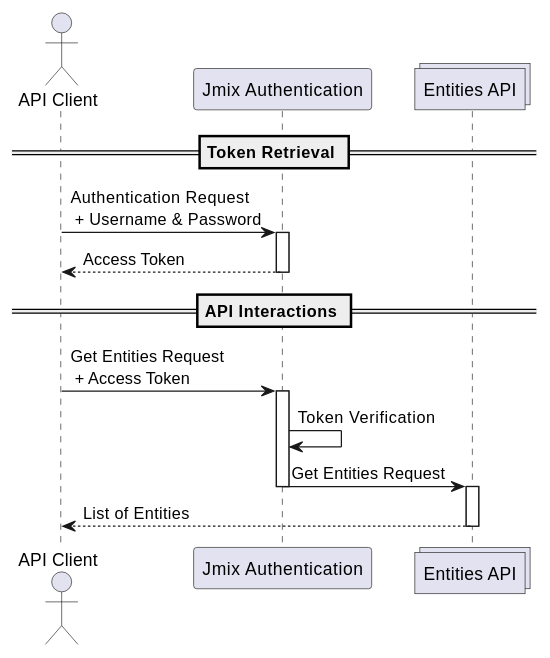
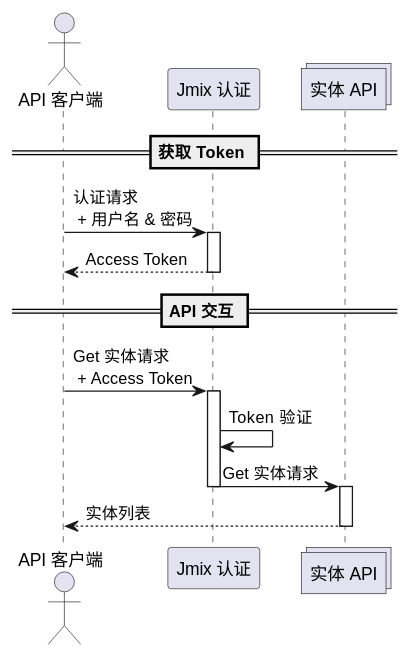
One commit to jmix-framework/jmix-docs changed the diagram in content/modules/rest/pages/security/authentication.adoc. Above: the diagram before and after it, drawn with PlantUML. The commit also changed 96 other files, not shown here.

```diff
--- a/content/modules/rest/pages/security/authentication.adoc
+++ b/content/modules/rest/pages/security/authentication.adoc
@@ -10,26 +10,26 @@
 [plantuml]
 ....
 @startuml
-actor "API Client"
-participant "Jmix Authentication"
-collections "Entities API"
+actor "API 客户端"
+participant "Jmix 认证"
+collections "实体 API"
 
-== Token Retrieval ==
+== 获取 Token ==
 
-"API Client" -> "Jmix Authentication": Authentication Request\n + Username & Password
-activate "Jmix Authentication"
+"API 客户端" -> "Jmix 认证": 认证请求\n + 用户名 & 密码
+activate "Jmix 认证"
 return Access Token
 
-== API Interactions ==
-"API Client" -> "Jmix Authentication": Get Entities Request\n + Access Token
-activate "Jmix Authentication"
-"Jmix Authentication" -> "Jmix Authentication" : Token Verification
-"Jmix Authentication" -> "Entities API": Get Entities Request
-deactivate "Jmix Authentication"
-deactivate "Jmix Authentication"
-activate "Entities API"
-"Entities API" --> "API Client": List of Entities
-deactivate "Entities API"
+== API 交互 ==
+"API 客户端" -> "Jmix 认证": Get 实体请求\n + Access Token
+activate "Jmix 认证"
+"Jmix 认证" -> "Jmix 认证" : Token 验证
+"Jmix 认证" -> "实体 API": Get 实体请求
+deactivate "Jmix 认证"
+deactivate "Jmix 认证"
+activate "实体 API"
+"实体 API" --> "API 客户端": 实体列表
+deactivate "实体 API"
 
 @enduml
 ....
```
